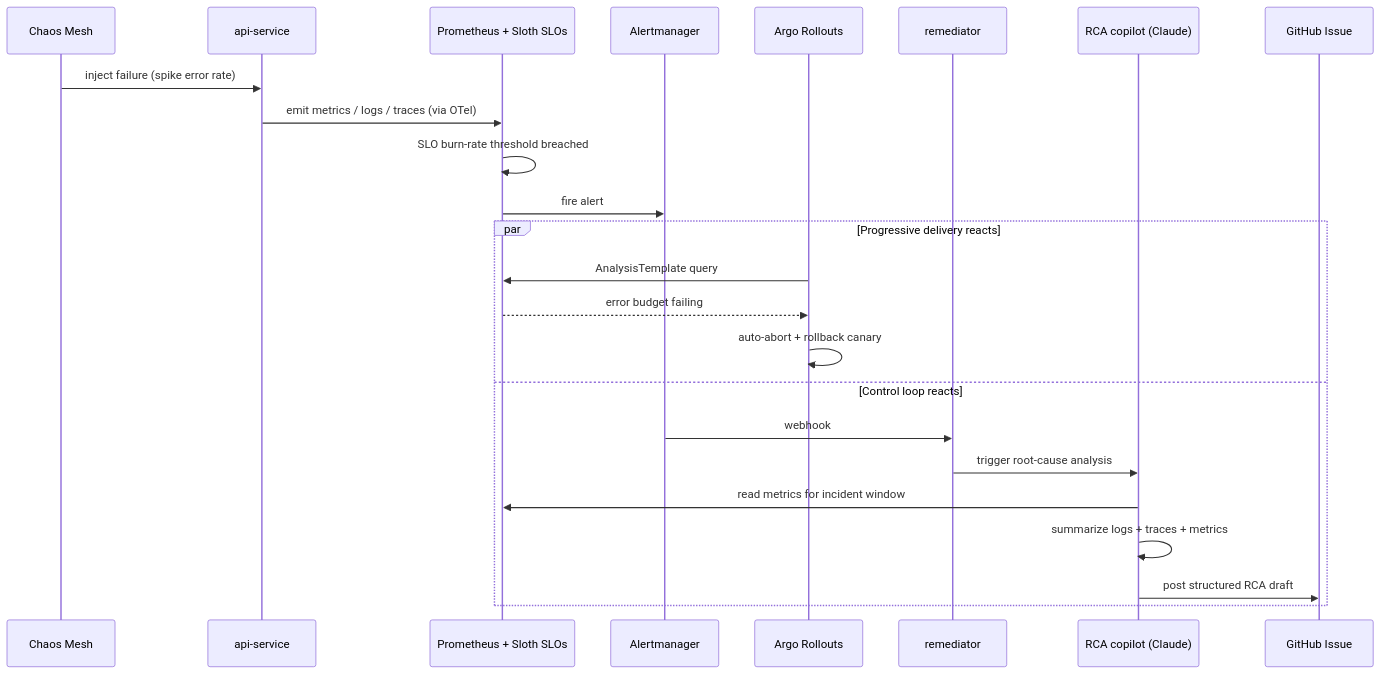
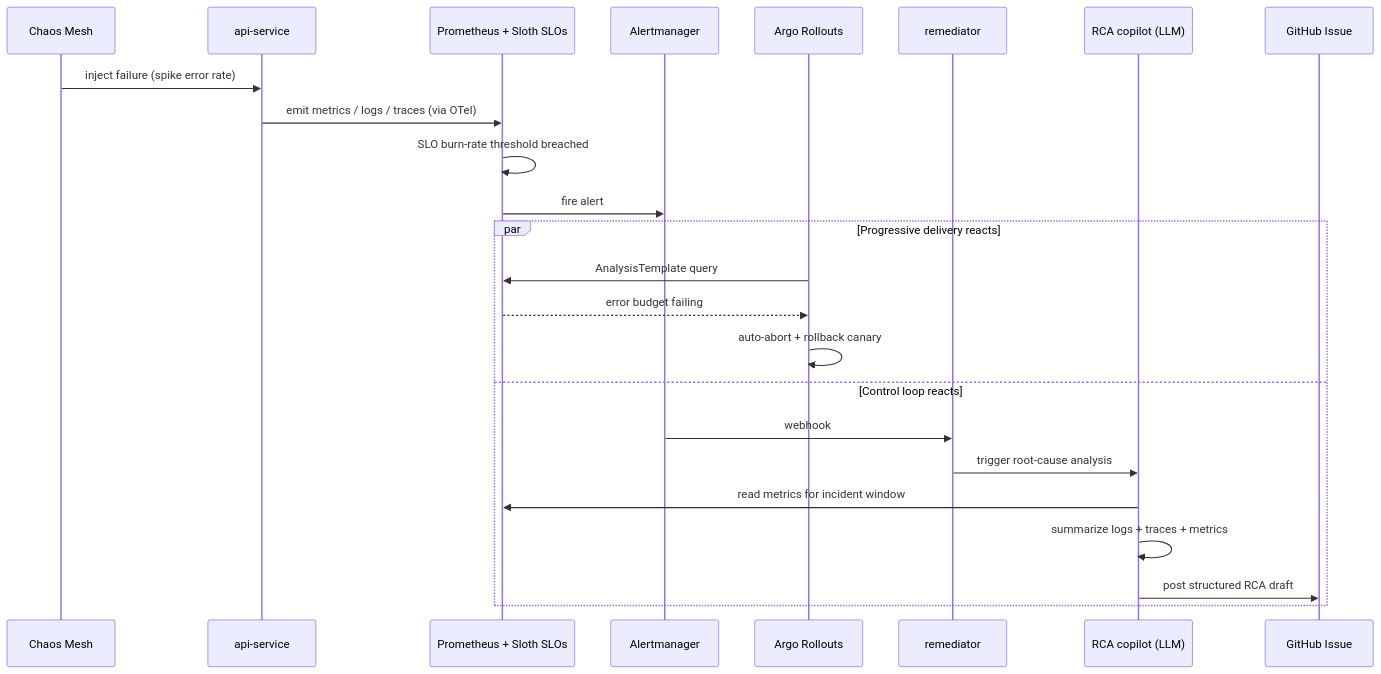
The second of 2 diagrams in README.md (tomjga/OmniObserve), drawn with Mermaid before and after one commit. The commit also changed other lines of this file and 2 other files, not shown here.

````diff
--- a/README.md
+++ b/README.md
@@ -85,28 +85,28 @@
 ```mermaid
 sequenceDiagram
     participant Chaos as Chaos Mesh
     participant API as api-service
     participant Prom as Prometheus + Sloth SLOs
     participant AM as Alertmanager
     participant Roll as Argo Rollouts
     participant Rem as remediator
-    participant RCA as RCA copilot (Claude)
+    participant RCA as RCA copilot (LLM)
     participant Git as GitHub Issue
 
     Chaos->>API: inject failure (spike error rate)
     API->>Prom: emit metrics / logs / traces (via OTel)
     Prom->>Prom: SLO burn-rate threshold breached
     Prom->>AM: fire alert
 
     par Progressive delivery reacts
         Roll->>Prom: AnalysisTemplate query
         Prom-->>Roll: error budget failing
         Roll->>Roll: auto-abort + rollback canary
     and Control loop reacts
         AM->>Rem: webhook
         Rem->>RCA: trigger root-cause analysis
         RCA->>Prom: read metrics for incident window
         RCA->>RCA: summarize logs + traces + metrics
         RCA->>Git: post structured RCA draft
     end
 ```
````
